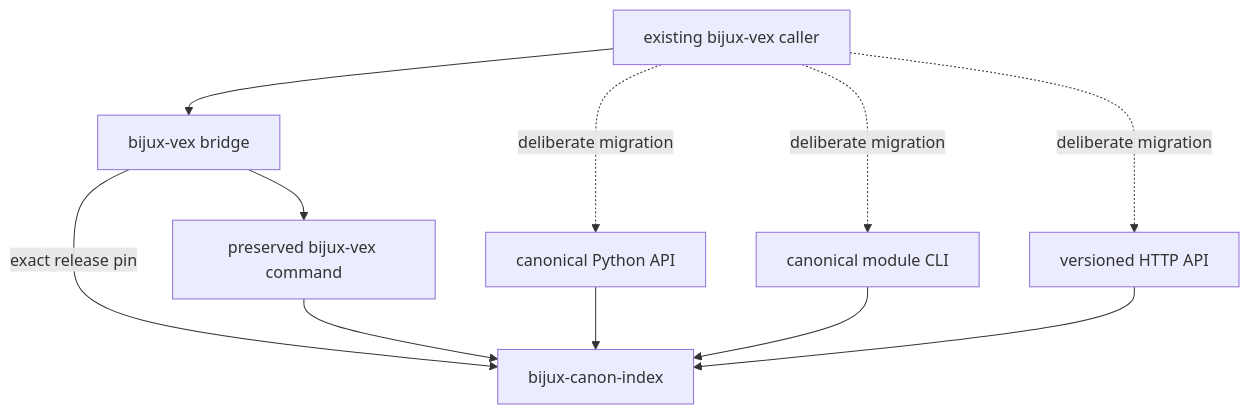
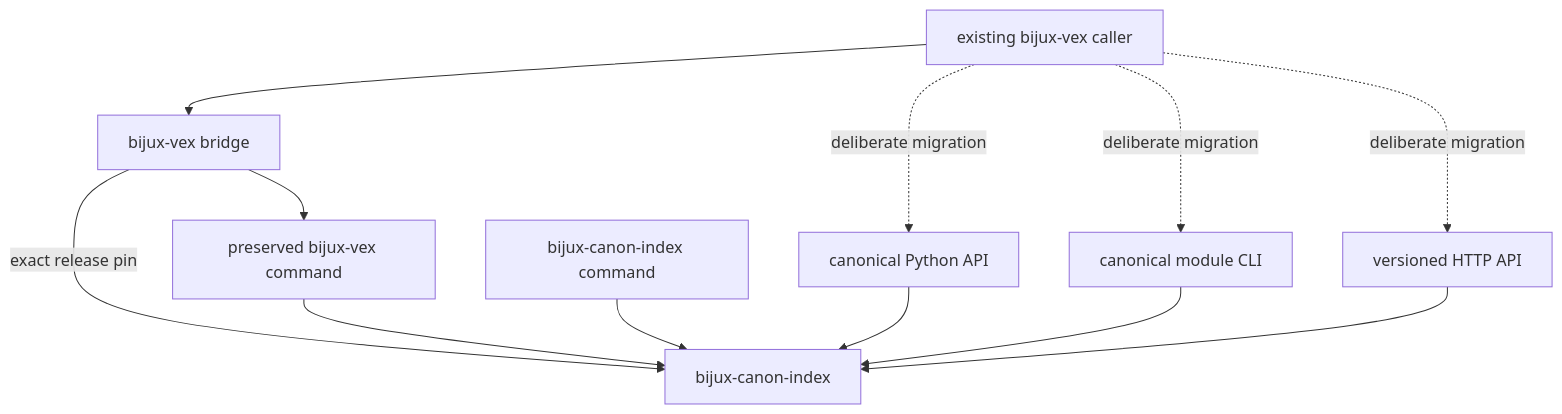
Before and after one commit to bijux/bijux-canon: the diagram in packages/compat-bijux-vex/README.md, drawn with Mermaid. The commit also changed other lines of this file and 37 other files, not shown here.

Commit message:
feat(index): ship canonical command

````diff
--- a/packages/compat-bijux-vex/README.md
+++ b/packages/compat-bijux-vex/README.md
@@ -74,16 +73,18 @@
 ```mermaid
 flowchart TD
     caller["existing bijux-vex caller"]
     bridge["bijux-vex bridge"]
     index["bijux-canon-index"]
     command["preserved bijux-vex command"]
+    canonical_command["bijux-canon-index command"]
     python["canonical Python API"]
     module["canonical module CLI"]
     http["versioned HTTP API"]
 
     caller --> bridge -->|"exact release pin"| index
     bridge --> command --> index
+    canonical_command --> index
     caller -. "deliberate migration" .-> python --> index
     caller -. "deliberate migration" .-> module --> index
     caller -. "deliberate migration" .-> http --> index
 ```
````
